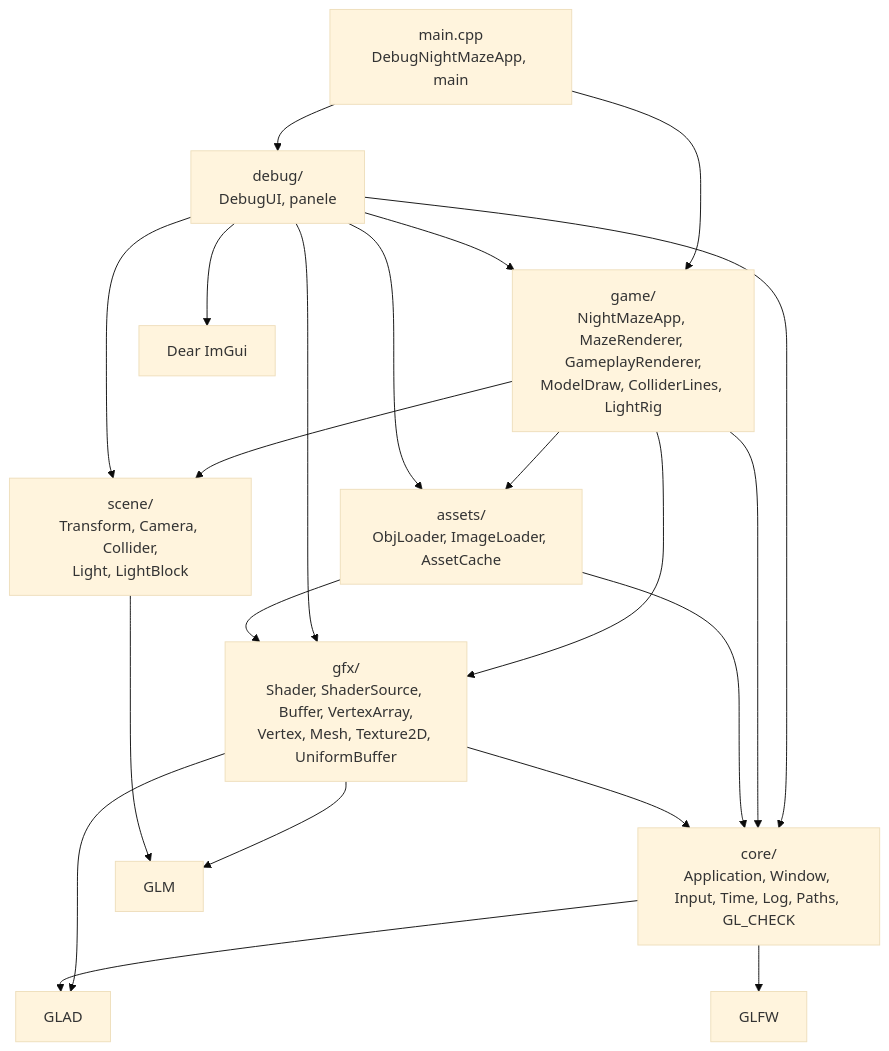
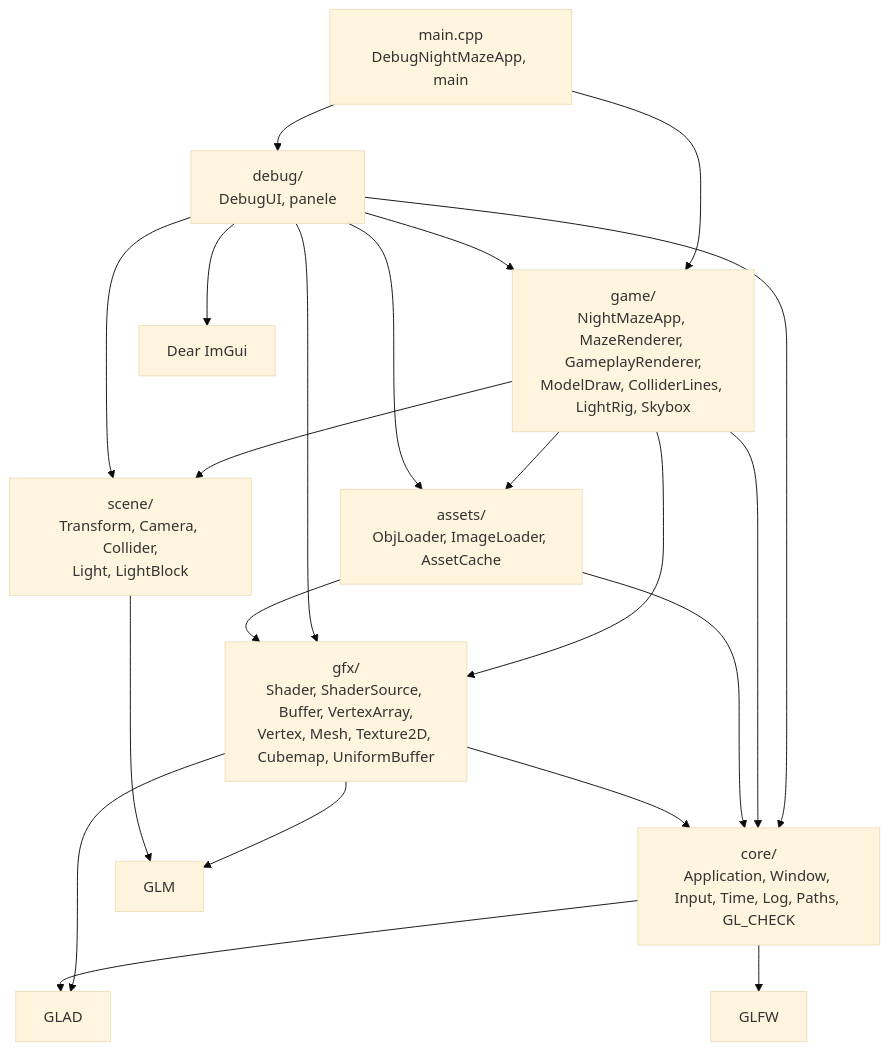
One commit to Shironex/night-maze changed the third of 4 diagrams in docs/modules/gfx/README.md. Above: the diagram before and after it, drawn with Mermaid (base theme). The commit also changed other lines of this file and 66 other files, not shown here.

Commit message:
feat(gfx): add a night sky skybox from a generated cube map

````diff
--- a/docs/modules/gfx/README.md
+++ b/docs/modules/gfx/README.md
@@ -116,23 +117,23 @@
 ```mermaid
 flowchart TD
     Main["main.cpp<br/>DebugNightMazeApp, main"] --> Debug["debug/<br/>DebugUI, panele"]
-    Main --> Game["game/<br/>NightMazeApp, MazeRenderer, GameplayRenderer,<br/>ModelDraw, ColliderLines, LightRig"]
+    Main --> Game["game/<br/>NightMazeApp, MazeRenderer, GameplayRenderer,<br/>ModelDraw, ColliderLines, LightRig, Skybox"]
     Debug --> Core["core/<br/>Application, Window, Input, Time, Log, Paths, GL_CHECK"]
     Debug --> Game
     Game --> Core
     Game --> Assets
     Game --> Gfx
     Game --> Scene
     Debug --> Assets
     Debug --> Gfx
     Debug --> Scene
     Assets["assets/<br/>ObjLoader, ImageLoader, AssetCache"] --> Gfx
     Assets --> Core
-    Gfx["gfx/<br/>Shader, ShaderSource, Buffer, VertexArray,<br/>Vertex, Mesh, Texture2D, UniformBuffer"] --> Core
+    Gfx["gfx/<br/>Shader, ShaderSource, Buffer, VertexArray,<br/>Vertex, Mesh, Texture2D, Cubemap, UniformBuffer"] --> Core
     Gfx --> Glm
     Scene["scene/<br/>Transform, Camera, Collider,<br/>Light, LightBlock"] --> Glm["GLM"]
     Gfx --> Glad["GLAD"]
     Core --> Glad
     Core --> Glfw["GLFW"]
     Debug --> ImGui["Dear ImGui"]
 ```
````
